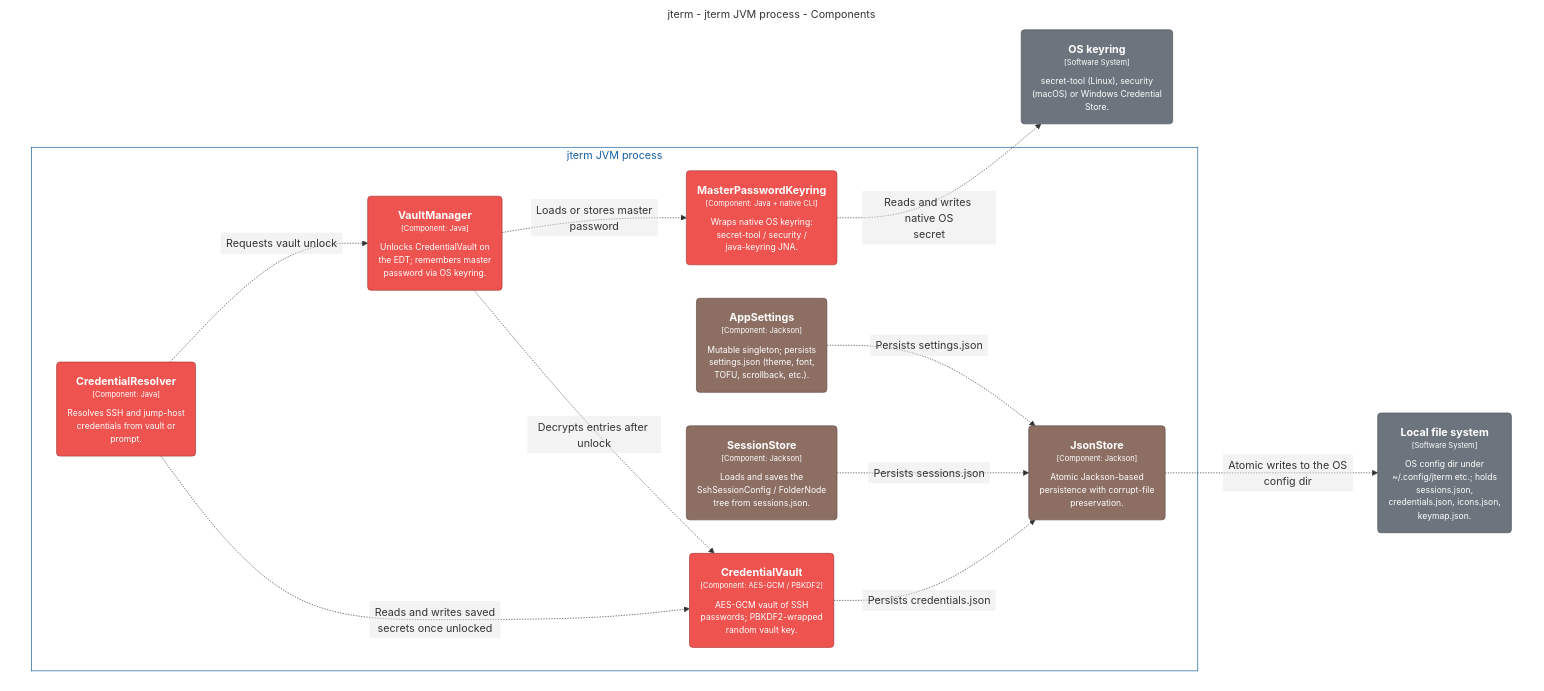
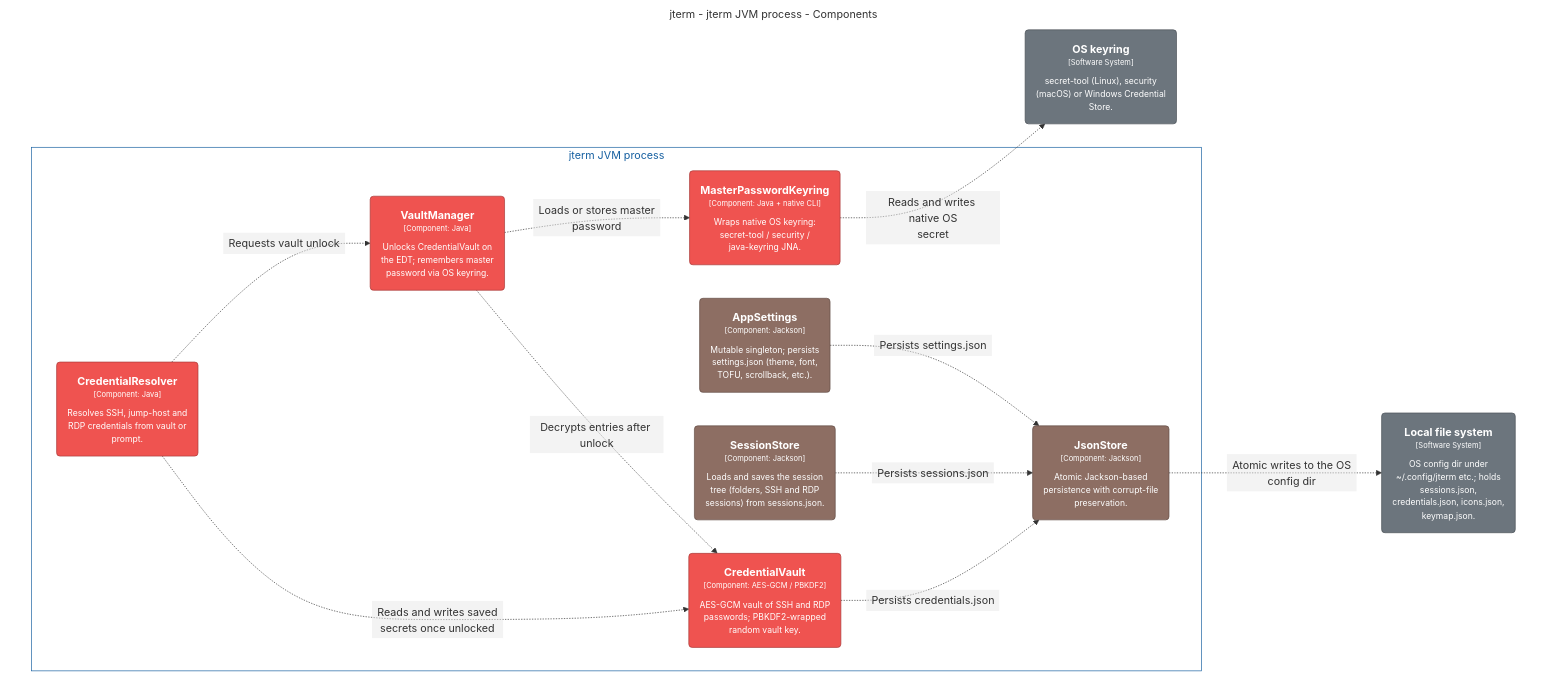
Before and after one commit to drecaise/jterm: the diagram in docs/architecture/model/generated/components-security.mmd, drawn with Mermaid. The commit also changed 238 other files, not shown here.

First line of the commit message:
Add RDP sessions: remote desktops in panes, with clipboard, drives, sound, printing and smart cards

```diff
--- a/docs/architecture/model/generated/components-security.mmd
+++ b/docs/architecture/model/generated/components-security.mmd
@@ -1,45 +1,45 @@
 ---
 config:
   flowchart:
     padding: 16
 ---
 %%{init: {'theme':'base','themeVariables':{'edgeLabelBackground':'transparent','lineColor':'#8b95a1','fontFamily':'-apple-system,BlinkMacSystemFont,"Segoe UI",Roboto,Helvetica,Arial,sans-serif','fontSize':'14px'},'flowchart':{'curve':'basis','useMaxWidth':true}}}%%
 graph TB
 
   subgraph diagram ["jterm - jterm JVM process - Components"]
     style diagram fill:transparent,stroke:transparent
 
     3("<div style='font-weight: bold'>OS keyring</div><div style='font-size: 70%; margin-top: 0px'>[Software System]</div><div style='font-size: 80%; margin-top:10px'>secret-tool (Linux), security<br />(macOS) or Windows Credential<br />Store.</div>")
     style 3 fill:#6c757d,stroke:#4b5157,color:#ffffff
     6("<div style='font-weight: bold'>Local file system</div><div style='font-size: 70%; margin-top: 0px'>[Software System]</div><div style='font-size: 80%; margin-top:10px'>OS config dir under<br />~/.config/jterm etc.; holds<br />sessions.json,<br />credentials.json, icons.json,<br />keymap.json.</div>")
     style 6 fill:#6c757d,stroke:#4b5157,color:#ffffff
 
-    subgraph 8 [jterm JVM process]
-      style 8 fill:transparent,stroke:#155fa0,color:#155fa0
+    subgraph 11 [jterm JVM process]
+      style 11 fill:transparent,stroke:#155fa0,color:#155fa0
 
-      29("<div style='font-weight: bold'>VaultManager</div><div style='font-size: 70%; margin-top: 0px'>[Component: Java]</div><div style='font-size: 80%; margin-top:10px'>Unlocks CredentialVault on<br />the EDT; remembers master<br />password via OS keyring.</div>")
-      style 29 fill:#ef5350,stroke:#a73a38,color:#ffffff
-      30("<div style='font-weight: bold'>CredentialVault</div><div style='font-size: 70%; margin-top: 0px'>[Component: AES-GCM / PBKDF2]</div><div style='font-size: 80%; margin-top:10px'>AES-GCM vault of SSH<br />passwords; PBKDF2-wrapped<br />random vault key.</div>")
-      style 30 fill:#ef5350,stroke:#a73a38,color:#ffffff
-      31("<div style='font-weight: bold'>CredentialResolver</div><div style='font-size: 70%; margin-top: 0px'>[Component: Java]</div><div style='font-size: 80%; margin-top:10px'>Resolves SSH and jump-host<br />credentials from vault or<br />prompt.</div>")
-      style 31 fill:#ef5350,stroke:#a73a38,color:#ffffff
-      32("<div style='font-weight: bold'>MasterPasswordKeyring</div><div style='font-size: 70%; margin-top: 0px'>[Component: Java + native CLI]</div><div style='font-size: 80%; margin-top:10px'>Wraps native OS keyring:<br />secret-tool / security /<br />java-keyring JNA.</div>")
-      style 32 fill:#ef5350,stroke:#a73a38,color:#ffffff
-      33("<div style='font-weight: bold'>SessionStore</div><div style='font-size: 70%; margin-top: 0px'>[Component: Jackson]</div><div style='font-size: 80%; margin-top:10px'>Loads and saves the<br />SshSessionConfig / FolderNode<br />tree from sessions.json.</div>")
-      style 33 fill:#8d6e63,stroke:#624d45,color:#ffffff
-      34("<div style='font-weight: bold'>JsonStore</div><div style='font-size: 70%; margin-top: 0px'>[Component: Jackson]</div><div style='font-size: 80%; margin-top:10px'>Atomic Jackson-based<br />persistence with corrupt-file<br />preservation.</div>")
-      style 34 fill:#8d6e63,stroke:#624d45,color:#ffffff
-      35("<div style='font-weight: bold'>AppSettings</div><div style='font-size: 70%; margin-top: 0px'>[Component: Jackson]</div><div style='font-size: 80%; margin-top:10px'>Mutable singleton; persists<br />settings.json (theme, font,<br />TOFU, scrollback, etc.).</div>")
-      style 35 fill:#8d6e63,stroke:#624d45,color:#ffffff
+      37("<div style='font-weight: bold'>VaultManager</div><div style='font-size: 70%; margin-top: 0px'>[Component: Java]</div><div style='font-size: 80%; margin-top:10px'>Unlocks CredentialVault on<br />the EDT; remembers master<br />password via OS keyring.</div>")
+      style 37 fill:#ef5350,stroke:#a73a38,color:#ffffff
+      38("<div style='font-weight: bold'>CredentialVault</div><div style='font-size: 70%; margin-top: 0px'>[Component: AES-GCM / PBKDF2]</div><div style='font-size: 80%; margin-top:10px'>AES-GCM vault of SSH and RDP<br />passwords; PBKDF2-wrapped<br />random vault key.</div>")
+      style 38 fill:#ef5350,stroke:#a73a38,color:#ffffff
+      39("<div style='font-weight: bold'>CredentialResolver</div><div style='font-size: 70%; margin-top: 0px'>[Component: Java]</div><div style='font-size: 80%; margin-top:10px'>Resolves SSH, jump-host and<br />RDP credentials from vault or<br />prompt.</div>")
+      style 39 fill:#ef5350,stroke:#a73a38,color:#ffffff
+      40("<div style='font-weight: bold'>MasterPasswordKeyring</div><div style='font-size: 70%; margin-top: 0px'>[Component: Java + native CLI]</div><div style='font-size: 80%; margin-top:10px'>Wraps native OS keyring:<br />secret-tool / security /<br />java-keyring JNA.</div>")
+      style 40 fill:#ef5350,stroke:#a73a38,color:#ffffff
+      42("<div style='font-weight: bold'>SessionStore</div><div style='font-size: 70%; margin-top: 0px'>[Component: Jackson]</div><div style='font-size: 80%; margin-top:10px'>Loads and saves the session<br />tree (folders, SSH and RDP<br />sessions) from sessions.json.</div>")
+      style 42 fill:#8d6e63,stroke:#624d45,color:#ffffff
+      43("<div style='font-weight: bold'>JsonStore</div><div style='font-size: 70%; margin-top: 0px'>[Component: Jackson]</div><div style='font-size: 80%; margin-top:10px'>Atomic Jackson-based<br />persistence with corrupt-file<br />preservation.</div>")
+      style 43 fill:#8d6e63,stroke:#624d45,color:#ffffff
+      44("<div style='font-weight: bold'>AppSettings</div><div style='font-size: 70%; margin-top: 0px'>[Component: Jackson]</div><div style='font-size: 80%; margin-top:10px'>Mutable singleton; persists<br />settings.json (theme, font,<br />TOFU, scrollback, etc.).</div>")
+      style 44 fill:#8d6e63,stroke:#624d45,color:#ffffff
     end
 
-    31-. "<div style='padding:4px 8px'><div>Requests vault unlock</div><div style='font-size: 70%'></div></div>" .->29
-    31-. "<div style='padding:4px 8px'><div>Reads and writes saved<br />secrets once unlocked</div><div style='font-size: 70%'></div></div>" .->30
-    29-. "<div style='padding:4px 8px'><div>Decrypts entries after unlock</div><div style='font-size: 70%'></div></div>" .->30
-    29-. "<div style='padding:4px 8px'><div>Loads or stores master<br />password</div><div style='font-size: 70%'></div></div>" .->32
-    32-. "<div style='padding:4px 8px'><div>Reads and writes native OS<br />secret</div><div style='font-size: 70%'></div></div>" .->3
-    30-. "<div style='padding:4px 8px'><div>Persists credentials.json</div><div style='font-size: 70%'></div></div>" .->34
-    33-. "<div style='padding:4px 8px'><div>Persists sessions.json</div><div style='font-size: 70%'></div></div>" .->34
-    35-. "<div style='padding:4px 8px'><div>Persists settings.json</div><div style='font-size: 70%'></div></div>" .->34
-    34-. "<div style='padding:4px 8px'><div>Atomic writes to the OS<br />config dir</div><div style='font-size: 70%'></div></div>" .->6
+    39-. "<div style='padding:4px 8px'><div>Requests vault unlock</div><div style='font-size: 70%'></div></div>" .->37
+    39-. "<div style='padding:4px 8px'><div>Reads and writes saved<br />secrets once unlocked</div><div style='font-size: 70%'></div></div>" .->38
+    37-. "<div style='padding:4px 8px'><div>Decrypts entries after unlock</div><div style='font-size: 70%'></div></div>" .->38
+    37-. "<div style='padding:4px 8px'><div>Loads or stores master<br />password</div><div style='font-size: 70%'></div></div>" .->40
+    40-. "<div style='padding:4px 8px'><div>Reads and writes native OS<br />secret</div><div style='font-size: 70%'></div></div>" .->3
+    38-. "<div style='padding:4px 8px'><div>Persists credentials.json</div><div style='font-size: 70%'></div></div>" .->43
+    42-. "<div style='padding:4px 8px'><div>Persists sessions.json</div><div style='font-size: 70%'></div></div>" .->43
+    44-. "<div style='padding:4px 8px'><div>Persists settings.json</div><div style='font-size: 70%'></div></div>" .->43
+    43-. "<div style='padding:4px 8px'><div>Atomic writes to the OS<br />config dir</div><div style='font-size: 70%'></div></div>" .->6
   end
```
